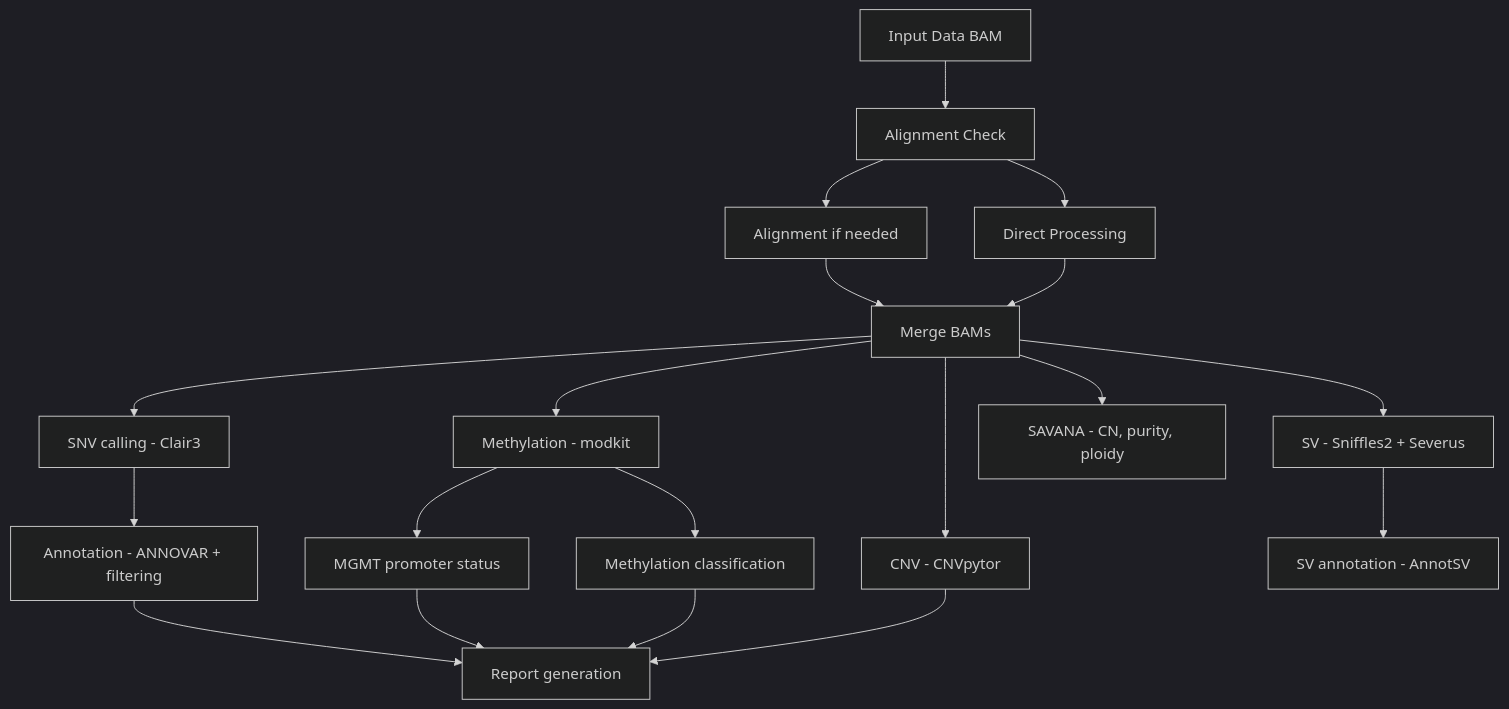
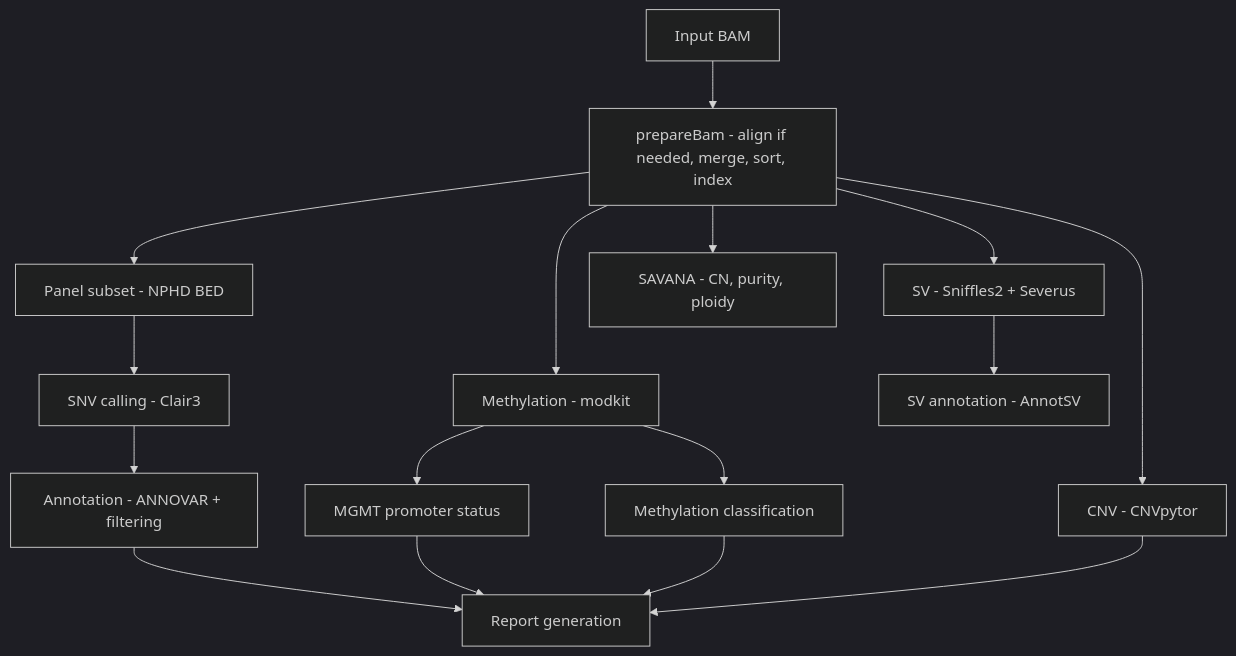
Before and after one commit to areebapatel/Rapid-CNS2_nf: the diagram in README.md, drawn with Mermaid (dark theme). The commit also changed other lines of this file, not shown here.

Commit message:
readme: reflect current pipeline (BED scoping, HTML report, AnnotSV 3.5)

````diff
--- a/README.md
+++ b/README.md
@@ -241,21 +250,18 @@
 ```mermaid
 graph TD
-    A[Input Data BAM] --> B[Alignment Check]
-    B --> C[Alignment if needed]
-    B --> D[Direct Processing]
-    C --> E[Merge BAMs]
-    D --> E
-    E --> F[SNV calling - Clair3]
+    A[Input BAM] --> E[prepareBam - align if needed, merge, sort, index]
+    E --> P[Panel subset - NPHD BED]
+    P --> F[SNV calling - Clair3]
     E --> G[Methylation - modkit]
     E --> H[SV - Sniffles2 + Severus]
     E --> N[CNV - CNVpytor]
     E --> O[SAVANA - CN, purity, ploidy]
     F --> I[Annotation - ANNOVAR + filtering]
     G --> J[MGMT promoter status]
     G --> K[Methylation classification]
     H --> L[SV annotation - AnnotSV]
     I --> M[Report generation]
     J --> M
     K --> M
     N --> M
 ```
````
